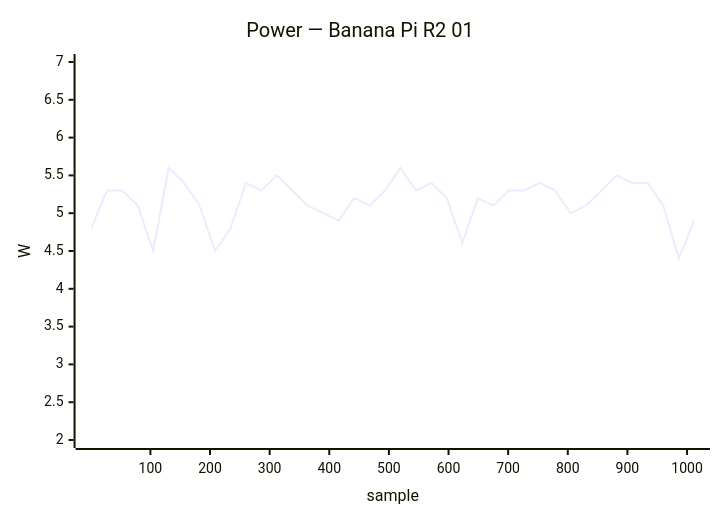
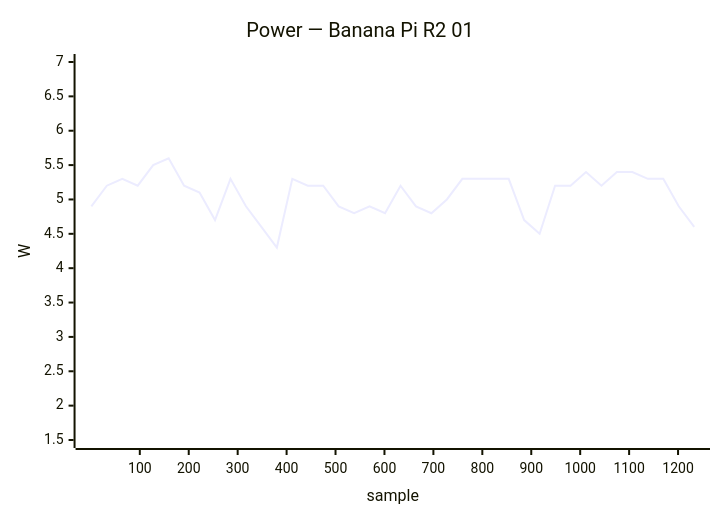
Diagram 13 of 40 in docs/status/board-tests.md (armbian/documentation), drawn with Mermaid before and after one commit. The commit also changed other lines of this file, not shown here.

````diff
--- a/docs/status/board-tests.md
+++ b/docs/status/board-tests.md
@@ -354,7 +571,7 @@
 ```mermaid
 xychart-beta
     title "Power — Banana Pi R2 01"
-    x-axis "sample" 1 --> 1012
-    y-axis "W" 2.0 --> 7.0
-    line [4.8, 5.3, 5.3, 5.1, 4.5, 5.6, 5.4, 5.1, 4.5, 4.8, 5.4, 5.3, 5.5, 5.3, 5.1, 5.0, 4.9, 5.2, 5.1, 5.3, 5.6, 5.3, 5.4, 5.2, 4.6, 5.2, 5.1, 5.3, 5.3, 5.4, 5.3, 5.0, 5.1, 5.3, 5.5, 5.4, 5.4, 5.1, 4.4, 4.9]
+    x-axis "sample" 1 --> 1233
+    y-axis "W" 1.5 --> 7.0
+    line [4.9, 5.2, 5.3, 5.2, 5.5, 5.6, 5.2, 5.1, 4.7, 5.3, 4.9, 4.6, 4.3, 5.3, 5.2, 5.2, 4.9, 4.8, 4.9, 4.8, 5.2, 4.9, 4.8, 5.0, 5.3, 5.3, 5.3, 5.3, 4.7, 4.5, 5.2, 5.2, 5.4, 5.2, 5.4, 5.4, 5.3, 5.3, 4.9, 4.6]
 ```
````
